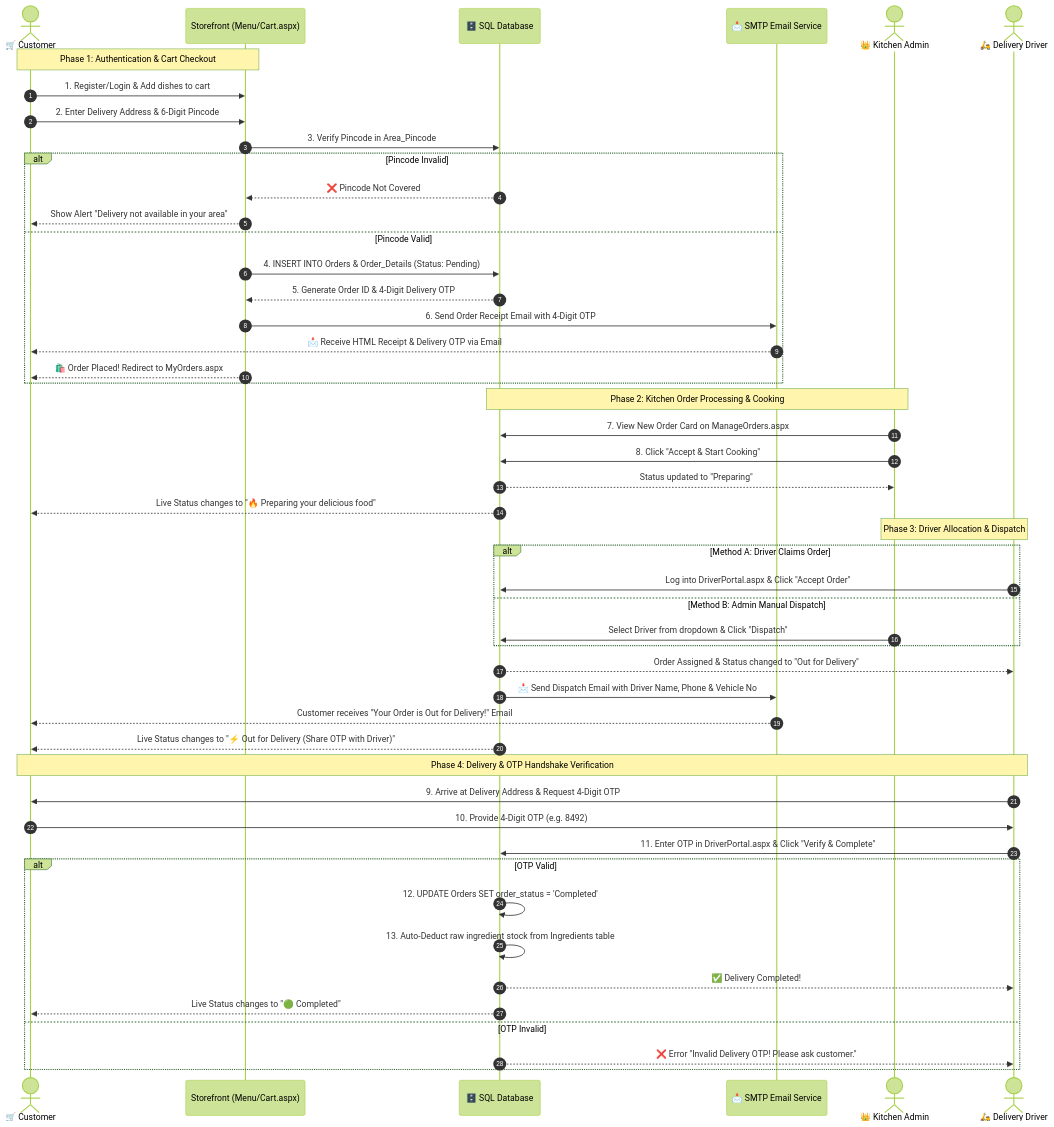
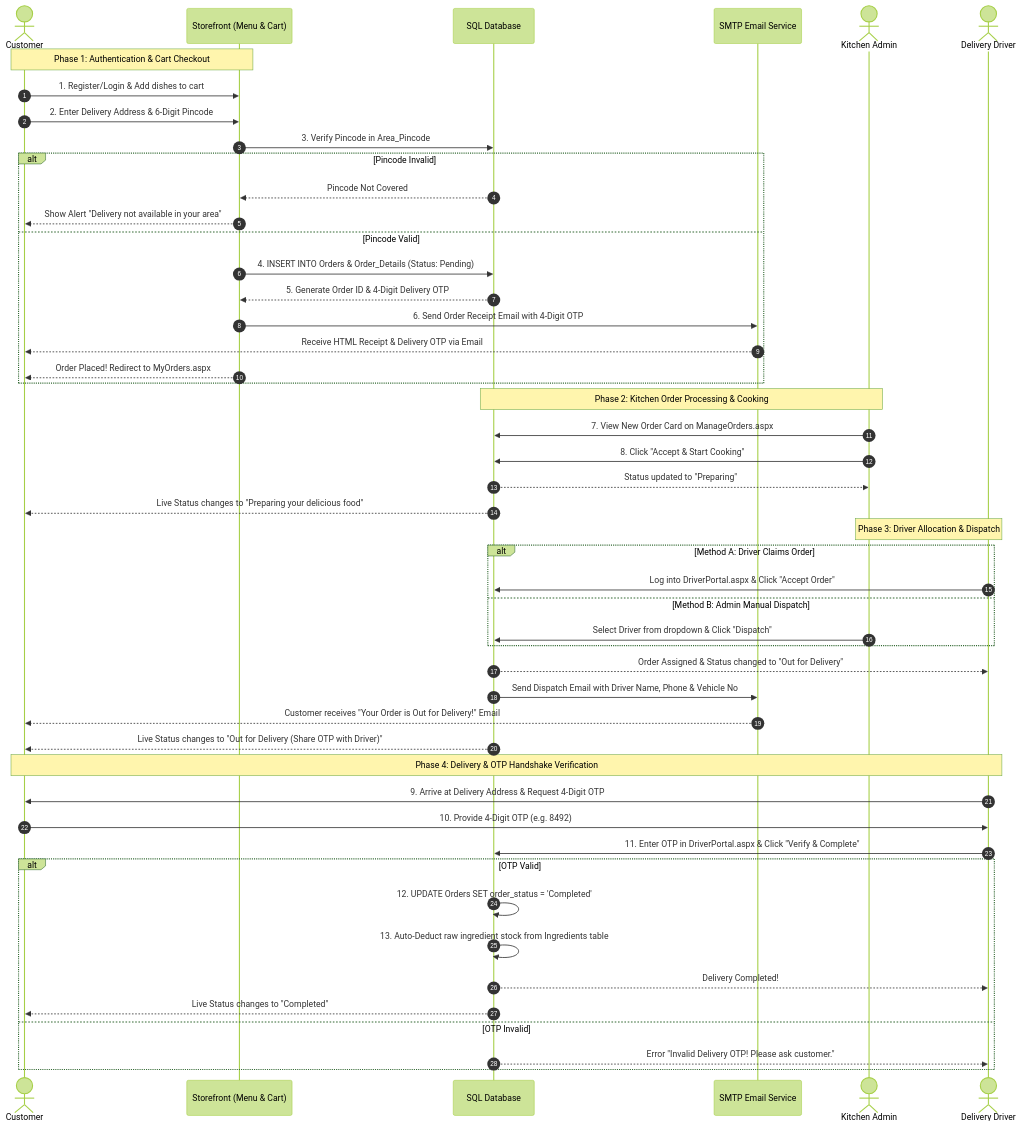
Before and after one commit to vinitsonii/Cloud-kitchen-management-system: the first of 2 diagrams in CLoud Kitchen Project/Cloud Kitchen/docs/5_ENTIRE_SYSTEM_WORKFLOW.md, drawn with Mermaid (forest theme). The commit also changed other lines of this file and 2 other files, not shown here.

Commit message:
docs: Clean Mermaid diagram syntax for 100% universal Markdown preview rendering compatibility

````diff
--- a/CLoud Kitchen Project/Cloud Kitchen/docs/5_ENTIRE_SYSTEM_WORKFLOW.md
+++ b/CLoud Kitchen Project/Cloud Kitchen/docs/5_ENTIRE_SYSTEM_WORKFLOW.md
@@ -16,58 +16,58 @@
 ```mermaid
 sequenceDiagram
     autonumber
-    actor Customer as 🛒 Customer
-    participant Front as Storefront (Menu/Cart.aspx)
-    participant DB as 🗄️ SQL Database
-    participant Email as 📩 SMTP Email Service
-    actor Admin as 👑 Kitchen Admin
-    actor Driver as 🛵 Delivery Driver
+    actor Customer as Customer
+    participant Front as Storefront (Menu & Cart)
+    participant DB as SQL Database
+    participant Email as SMTP Email Service
+    actor Admin as Kitchen Admin
+    actor Driver as Delivery Driver
 
     Note over Customer,Front: Phase 1: Authentication & Cart Checkout
     Customer->>Front: 1. Register/Login & Add dishes to cart
     Customer->>Front: 2. Enter Delivery Address & 6-Digit Pincode
     Front->>DB: 3. Verify Pincode in Area_Pincode
     
     alt Pincode Invalid
-        DB-->>Front: ❌ Pincode Not Covered
+        DB-->>Front: Pincode Not Covered
         Front-->>Customer: Show Alert "Delivery not available in your area"
     else Pincode Valid
         Front->>DB: 4. INSERT INTO Orders & Order_Details (Status: Pending)
         DB-->>Front: 5. Generate Order ID & 4-Digit Delivery OTP
         Front->>Email: 6. Send Order Receipt Email with 4-Digit OTP
-        Email-->>Customer: 📩 Receive HTML Receipt & Delivery OTP via Email
-        Front-->>Customer: 🛍️ Order Placed! Redirect to MyOrders.aspx
+        Email-->>Customer: Receive HTML Receipt & Delivery OTP via Email
+        Front-->>Customer: Order Placed! Redirect to MyOrders.aspx
     end
 
     Note over Admin,DB: Phase 2: Kitchen Order Processing & Cooking
     Admin->>DB: 7. View New Order Card on ManageOrders.aspx
     Admin->>DB: 8. Click "Accept & Start Cooking"
     DB-->>Admin: Status updated to "Preparing"
-    DB-->>Customer: Live Status changes to "🔥 Preparing your delicious food"
+    DB-->>Customer: Live Status changes to "Preparing your delicious food"
 
     Note over Admin,Driver: Phase 3: Driver Allocation & Dispatch
     alt Method A: Driver Claims Order
         Driver->>DB: Log into DriverPortal.aspx & Click "Accept Order"
     else Method B: Admin Manual Dispatch
         Admin->>DB: Select Driver from dropdown & Click "Dispatch"
     end
 
     DB-->>Driver: Order Assigned & Status changed to "Out for Delivery"
-    DB->>Email: 📩 Send Dispatch Email with Driver Name, Phone & Vehicle No
+    DB->>Email: Send Dispatch Email with Driver Name, Phone & Vehicle No
     Email-->>Customer: Customer receives "Your Order is Out for Delivery!" Email
-    DB-->>Customer: Live Status changes to "⚡ Out for Delivery (Share OTP with Driver)"
+    DB-->>Customer: Live Status changes to "Out for Delivery (Share OTP with Driver)"
 
     Note over Driver,Customer: Phase 4: Delivery & OTP Handshake Verification
     Driver->>Customer: 9. Arrive at Delivery Address & Request 4-Digit OTP
     Customer->>Driver: 10. Provide 4-Digit OTP (e.g. 8492)
     Driver->>DB: 11. Enter OTP in DriverPortal.aspx & Click "Verify & Complete"
 
     alt OTP Valid
         DB->>DB: 12. UPDATE Orders SET order_status = 'Completed'
         DB->>DB: 13. Auto-Deduct raw ingredient stock from Ingredients table
-        DB-->>Driver: ✅ Delivery Completed!
-        DB-->>Customer: Live Status changes to "🟢 Completed"
+        DB-->>Driver: Delivery Completed!
+        DB-->>Customer: Live Status changes to "Completed"
     else OTP Invalid
-        DB-->>Driver: ❌ Error "Invalid Delivery OTP! Please ask customer."
+        DB-->>Driver: Error "Invalid Delivery OTP! Please ask customer."
     end
 ```
````
